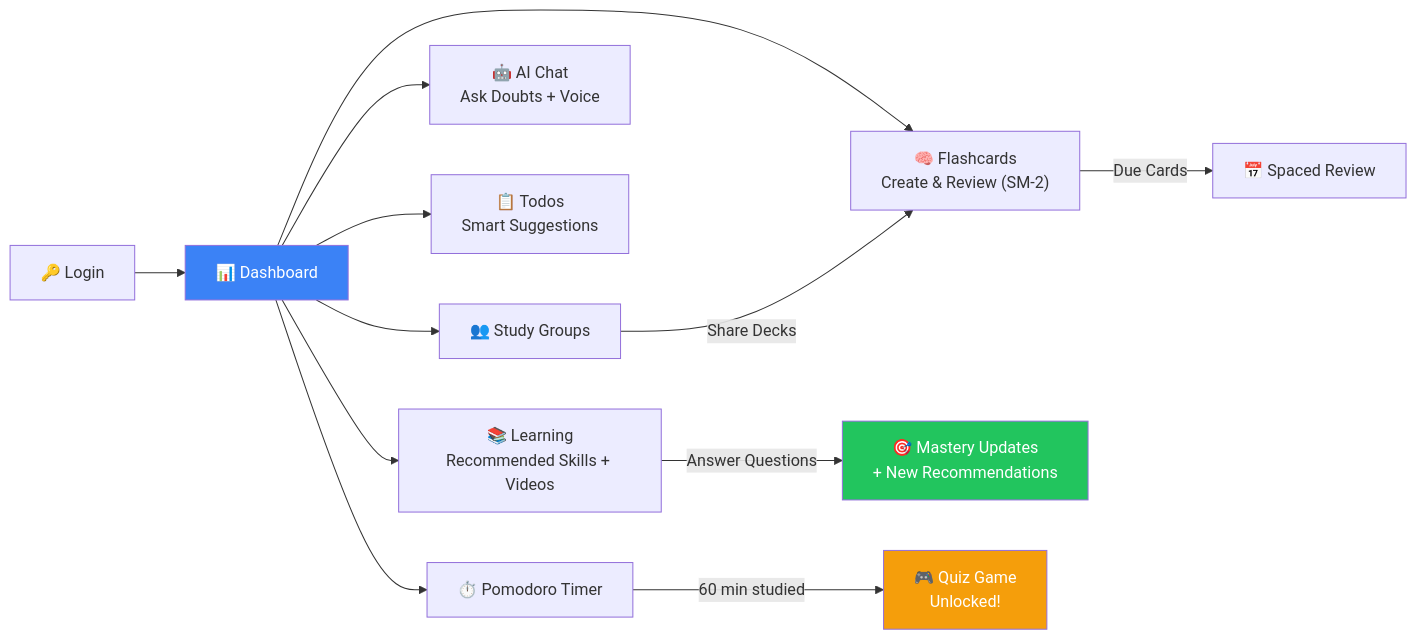
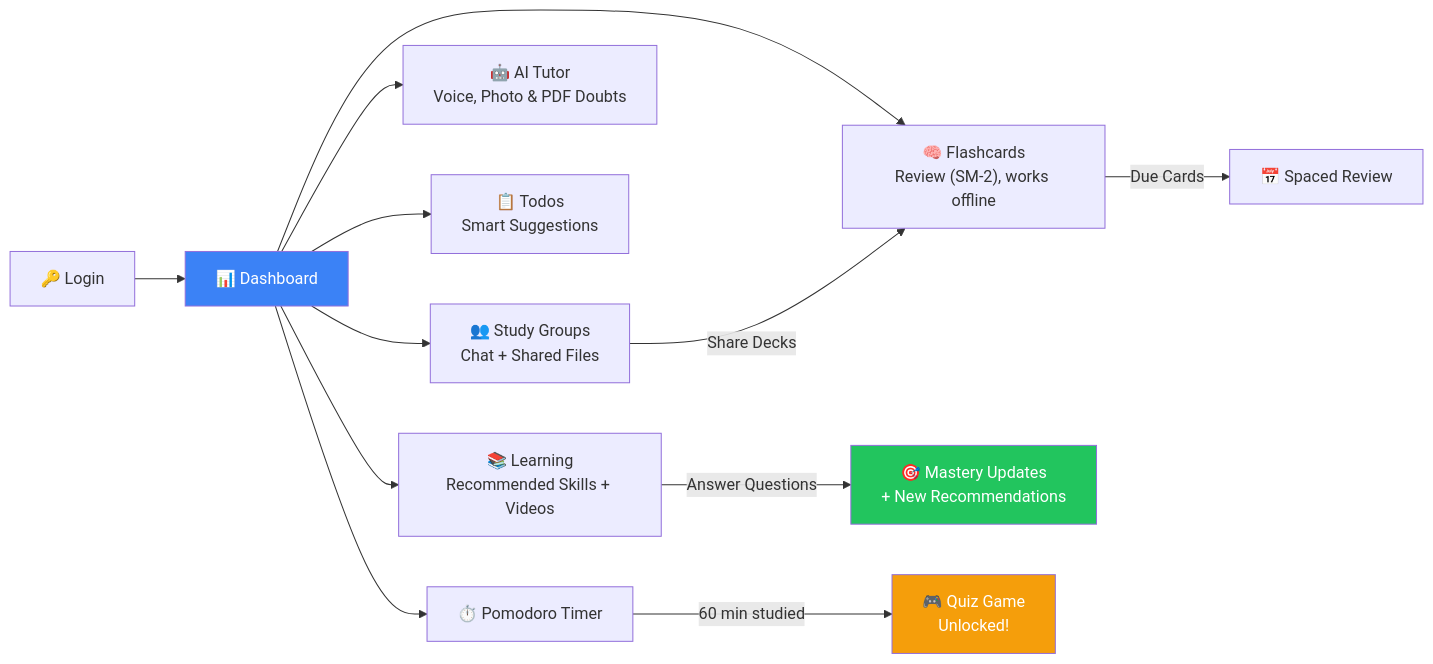
The fifth of 5 diagrams in docs/diagrams.md (adarsh-67r/Anvesh), drawn with Mermaid before and after one commit. The commit also changed other lines of this file and 1 other file, not shown here.

Commit message:
Sync README and diagrams doc with the updated architecture and user flow

````diff
--- a/docs/diagrams.md
+++ b/docs/diagrams.md
@@ -210,19 +210,19 @@
 ```mermaid
 flowchart LR
     LOGIN["🔑 Login"] --> DASH["📊 Dashboard"]
     DASH --> LEARN["📚 Learning<br/>Recommended Skills + Videos"]
-    DASH --> CARDS["🧠 Flashcards<br/>Create & Review (SM-2)"]
-    DASH --> CHAT["🤖 AI Chat<br/>Ask Doubts + Voice"]
+    DASH --> CARDS["🧠 Flashcards<br/>Review (SM-2), works offline"]
+    DASH --> CHAT["🤖 AI Tutor<br/>Voice, Photo & PDF Doubts"]
     DASH --> TODO["📋 Todos<br/>Smart Suggestions"]
     DASH --> TIMER["⏱️ Pomodoro Timer"]
-    DASH --> GROUP["👥 Study Groups"]
+    DASH --> GROUP["👥 Study Groups<br/>Chat + Shared Files"]
 
     LEARN -->|"Answer Questions"| REC["🎯 Mastery Updates<br/>+ New Recommendations"]
     TIMER -->|"60 min studied"| GAME["🎮 Quiz Game<br/>Unlocked!"]
     CARDS -->|"Due Cards"| REVIEW["📅 Spaced Review"]
     GROUP -->|"Share Decks"| CARDS
 
     style DASH fill:#3b82f6,color:#fff
     style REC fill:#22c55e,color:#fff
     style GAME fill:#f59e0b,color:#fff
 ```
````
